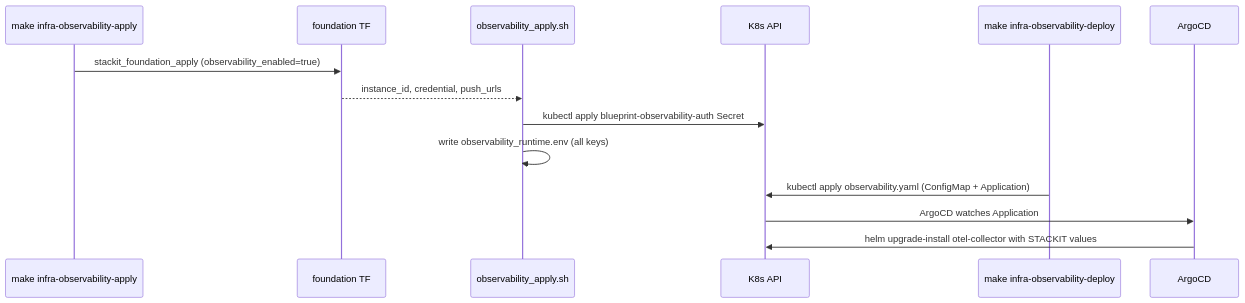
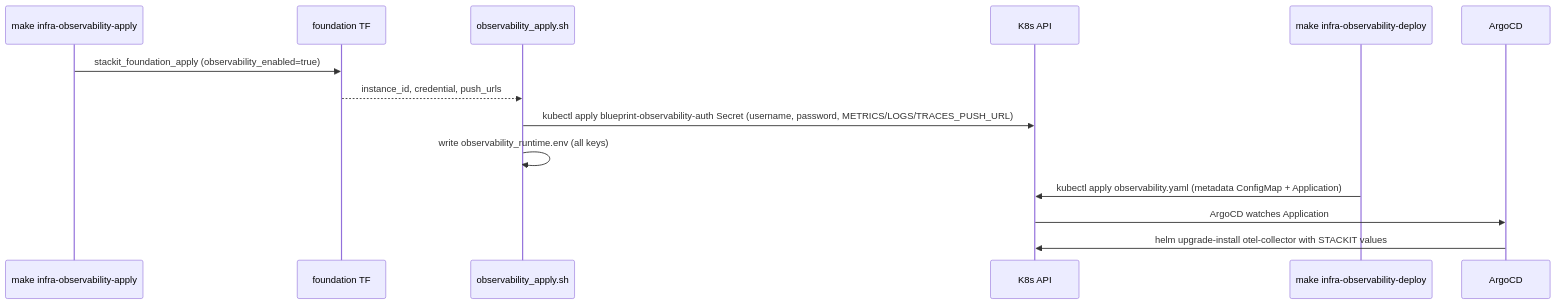
One commit to sbonoc/stackit-platform-blueprint changed the third of 3 diagrams in specs/2026-05-18-issue-248-observability-module/architecture.md. Above: the diagram before and after it, drawn with Mermaid. The commit also changed other lines of this file, not shown here.

First line of the commit message:
docs(issue-248-observability-module): sync architecture diagrams with implementation

````diff
--- a/specs/2026-05-18-issue-248-observability-module/architecture.md
+++ b/specs/2026-05-18-issue-248-observability-module/architecture.md
@@ -65,17 +64,17 @@
 ```mermaid
 sequenceDiagram
     participant CLI as make infra-observability-apply
     participant TF as foundation TF
     participant Shell as observability_apply.sh
     participant K8s as K8s API
     participant Argo as make infra-observability-deploy
     participant ArgoCD as ArgoCD
 
     CLI->>TF: stackit_foundation_apply (observability_enabled=true)
     TF-->>Shell: instance_id, credential, push_urls
-    Shell->>K8s: kubectl apply blueprint-observability-auth Secret
+    Shell->>K8s: kubectl apply blueprint-observability-auth Secret (username, password, METRICS/LOGS/TRACES_PUSH_URL)
     Shell->>Shell: write observability_runtime.env (all keys)
-    Argo->>K8s: kubectl apply observability.yaml (ConfigMap + Application)
+    Argo->>K8s: kubectl apply observability.yaml (metadata ConfigMap + Application)
     K8s->>ArgoCD: ArgoCD watches Application
     ArgoCD->>K8s: helm upgrade-install otel-collector with STACKIT values
 ```
````
